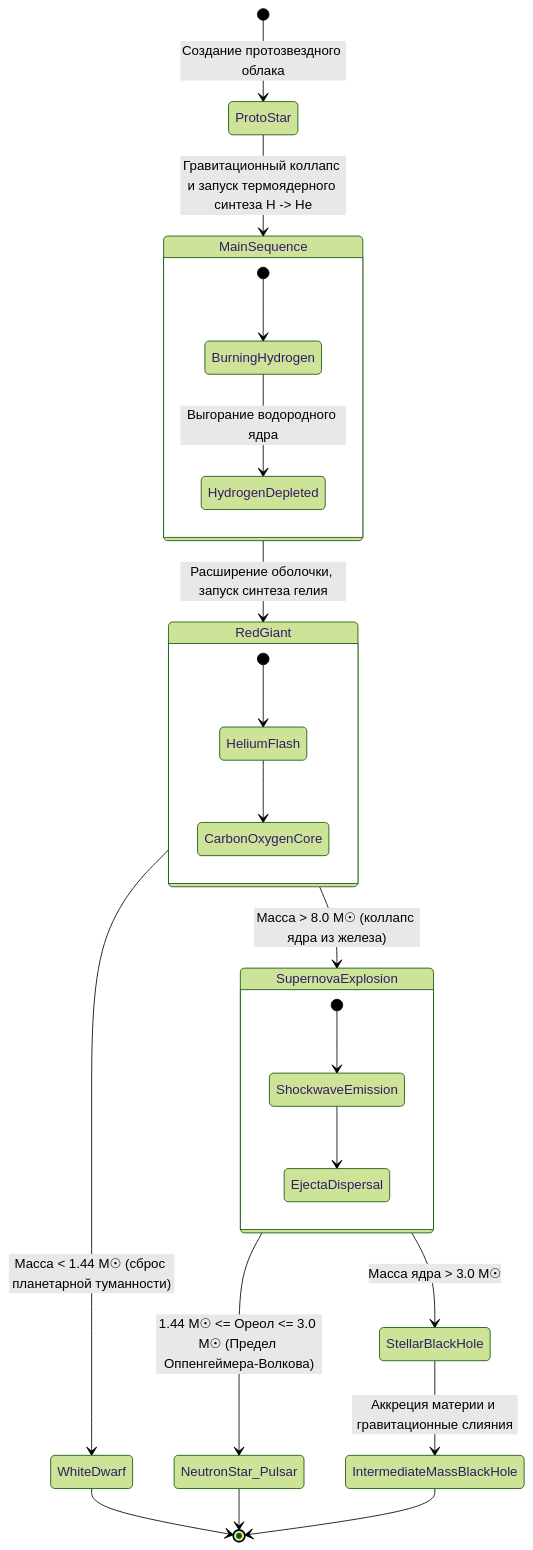
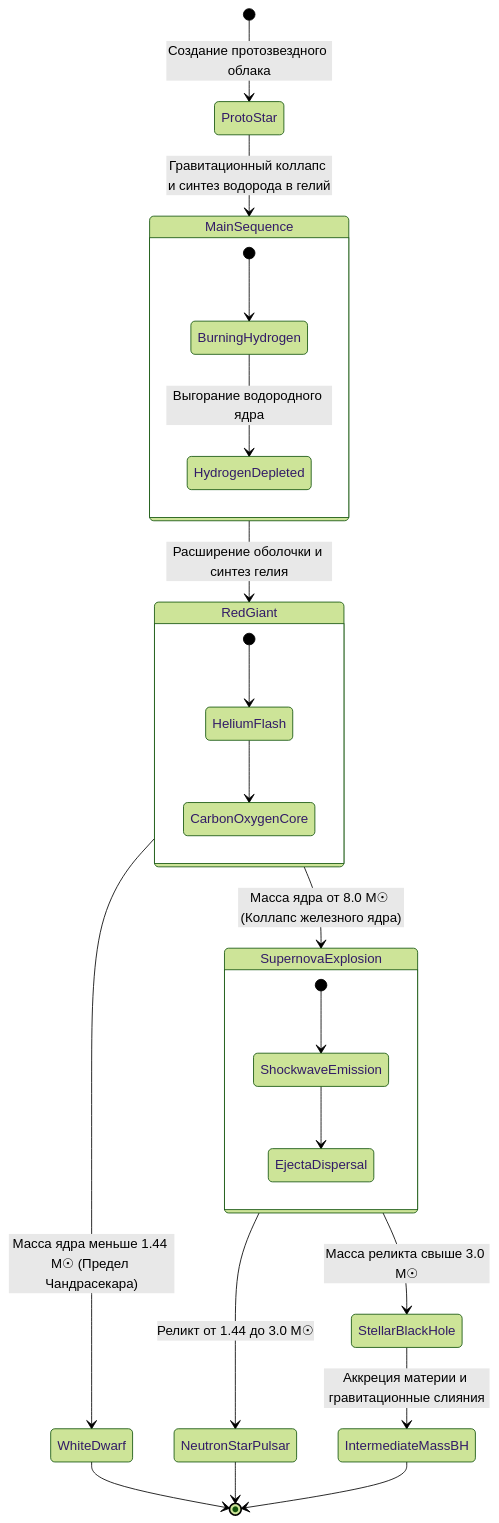
The sixth of 11 diagrams in diagrams-overview.md (bobPingvin/stellargenesis), drawn with Mermaid (forest theme) before and after one commit. The commit also changed other lines of this file, not shown here.

````diff
--- a/diagrams-overview.md
+++ b/diagrams-overview.md
@@ -277,33 +284,33 @@
 ```mermaid
 stateDiagram-v2
     [*] --> ProtoStar : Создание протозвездного облака
-    ProtoStar --> MainSequence : Гравитационный коллапс и запуск термоядерного синтеза H -> He
+    ProtoStar --> MainSequence : Гравитационный коллапс и синтез водорода в гелий
     
     state MainSequence {
         [*] --> BurningHydrogen
         BurningHydrogen --> HydrogenDepleted : Выгорание водородного ядра
     }
 
-    MainSequence --> RedGiant : Расширение оболочки, запуск синтеза гелия
+    MainSequence --> RedGiant : Расширение оболочки и синтез гелия
     
     state RedGiant {
         [*] --> HeliumFlash
         HeliumFlash --> CarbonOxygenCore
     }
 
-    RedGiant --> WhiteDwarf : Масса < 1.44 M☉ (сброс планетарной туманности)
-    RedGiant --> SupernovaExplosion : Масса > 8.0 M☉ (коллапс ядра из железа)
+    RedGiant --> WhiteDwarf : Масса ядра меньше 1.44 M☉ (Предел Чандрасекара)
+    RedGiant --> SupernovaExplosion : Масса ядра от 8.0 M☉ (Коллапс железного ядра)
 
     state SupernovaExplosion {
         [*] --> ShockwaveEmission
         ShockwaveEmission --> EjectaDispersal
     }
 
-    SupernovaExplosion --> NeutronStar_Pulsar : 1.44 M☉ <= Ореол <= 3.0 M☉ (Предел Оппенгеймера-Волкова)
-    SupernovaExplosion --> StellarBlackHole : Масса ядра > 3.0 M☉
+    SupernovaExplosion --> NeutronStarPulsar : Реликт от 1.44 до 3.0 M☉
+    SupernovaExplosion --> StellarBlackHole : Масса реликта свыше 3.0 M☉
 
-    StellarBlackHole --> IntermediateMassBlackHole : Аккреция материи и гравитационные слияния
+    StellarBlackHole --> IntermediateMassBH : Аккреция материи и гравитационные слияния
     WhiteDwarf --> [*]
-    NeutronStar_Pulsar --> [*]
-    IntermediateMassBlackHole --> [*]
+    NeutronStarPulsar --> [*]
+    IntermediateMassBH --> [*]
 ```
````
